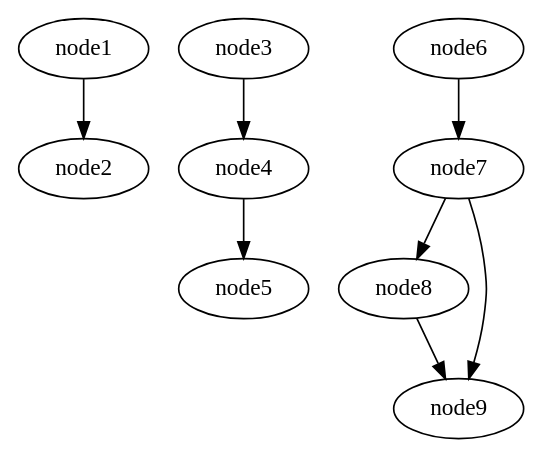
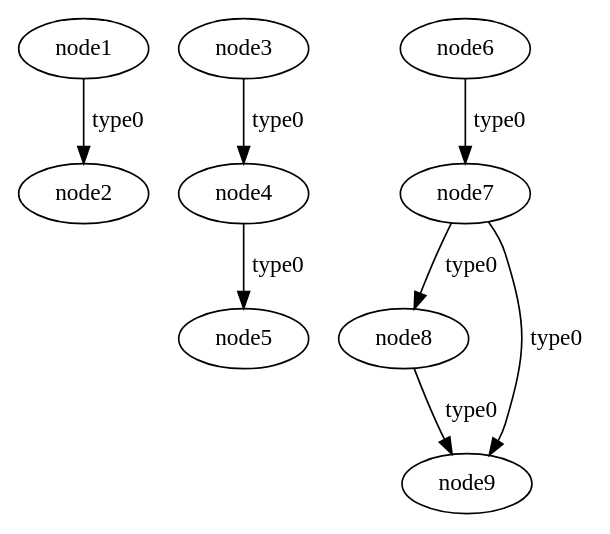
Before and after one commit to firephyz/CADNetworkOptimizer: the diagram in Input_graph.dot, drawn with Graphviz. The commit also changed 8 other files, not shown here.

Commit message:
bug fixes and graphviz additional features

```diff
--- a/Input_graph.dot
+++ b/Input_graph.dot
@@ -1,9 +1,9 @@
 digraph G { 
-    node1 -> node2;
-    node3 -> node4;
-    node4 -> node5;
-    node6 -> node7;
-    node7 -> node8;
-    node7 -> node9;
-    node8 -> node9;
+    node1 -> node2[ label="type0"];
+    node3 -> node4[ label="type0"];
+    node4 -> node5[ label="type0"];
+    node6 -> node7[ label="type0"];
+    node7 -> node8[ label="type0"];
+    node7 -> node9[ label="type0"];
+    node8 -> node9[ label="type0"];
 }
```
